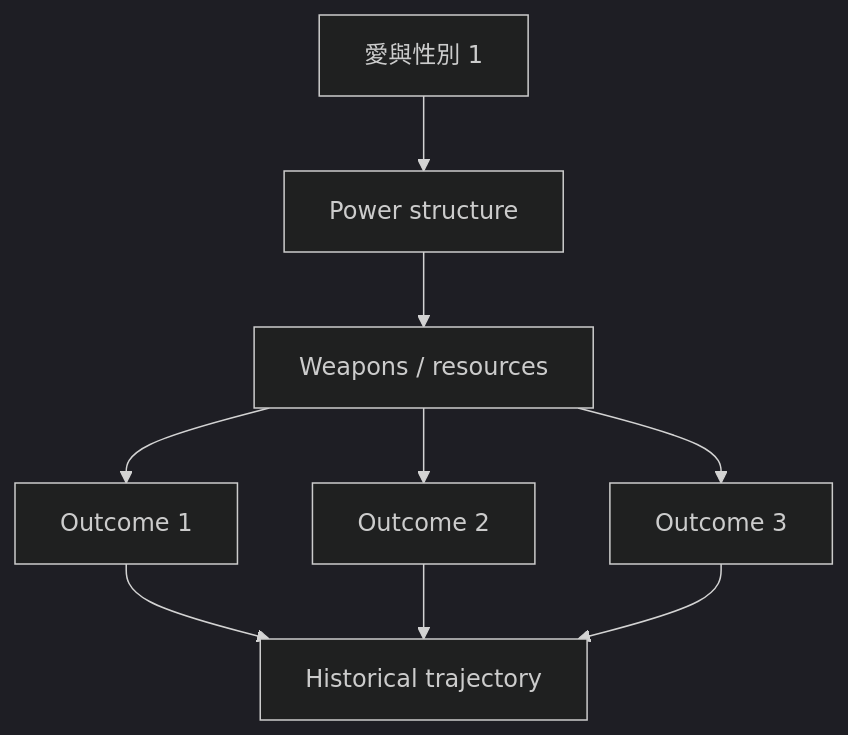
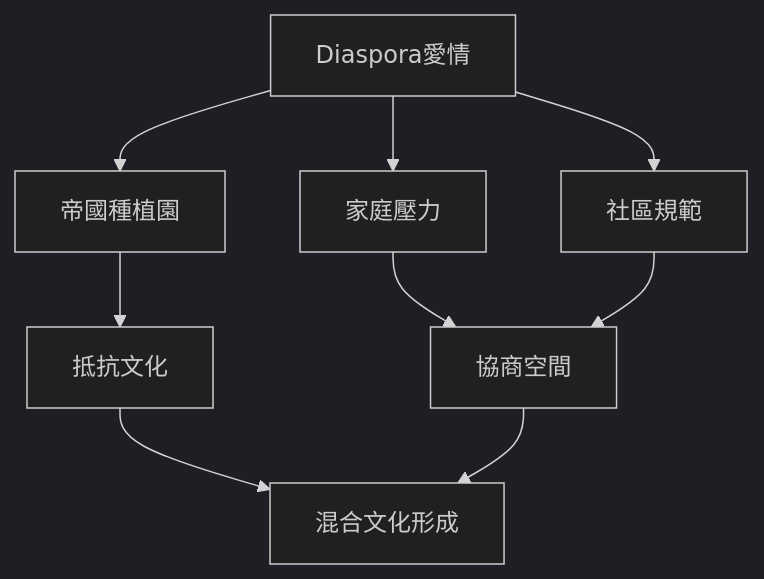
One commit to yip-lgtm/HKU-Harvard-History-Self-Study changed the fourth of 10 diagrams in 02_Harvard_Courses/Fall_Courses/Hist137_History_of_Love.md. Above: the diagram before and after it, drawn with Mermaid (dark theme). The commit also changed other lines of this file and 65 other files, not shown here.

````diff
--- a/02_Harvard_Courses/Fall_Courses/Hist137_History_of_Love.md
+++ b/02_Harvard_Courses/Fall_Courses/Hist137_History_of_Love.md
@@ -226,11 +220,11 @@
 ```mermaid
 graph TD
-    A[愛與性別 1] --> B[Power structure]
-    B --> C[Weapons / resources]
-    C --> D[Outcome 1]
-    C --> E[Outcome 2]
-    C --> F[Outcome 3]
-    D --> G[Historical trajectory]
-    E --> G
+    A[Diaspora愛情] --> B[帝國種植園]
+    A --> C[家庭壓力]
+    A --> D[社區規範]
+    B --> E[抵抗文化]
+    C --> F[協商空間]
+    D --> F
+    E --> G[混合文化形成]
     F --> G
 ```
````
